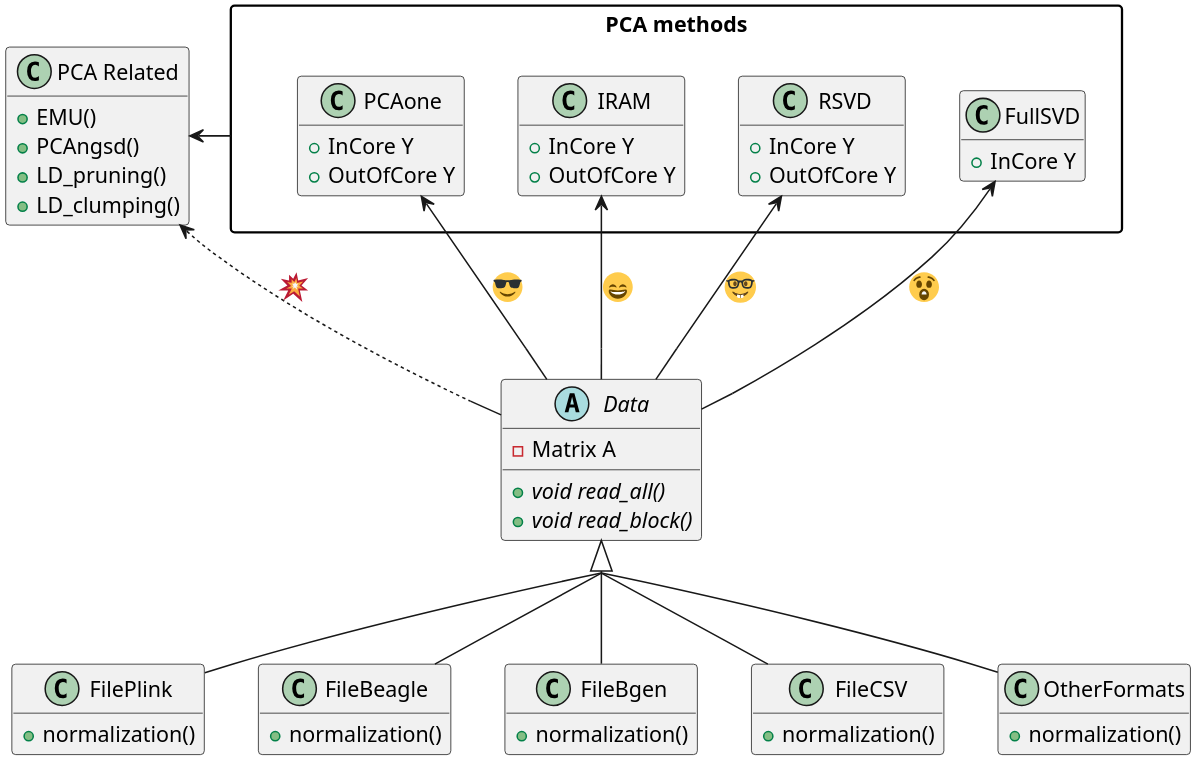
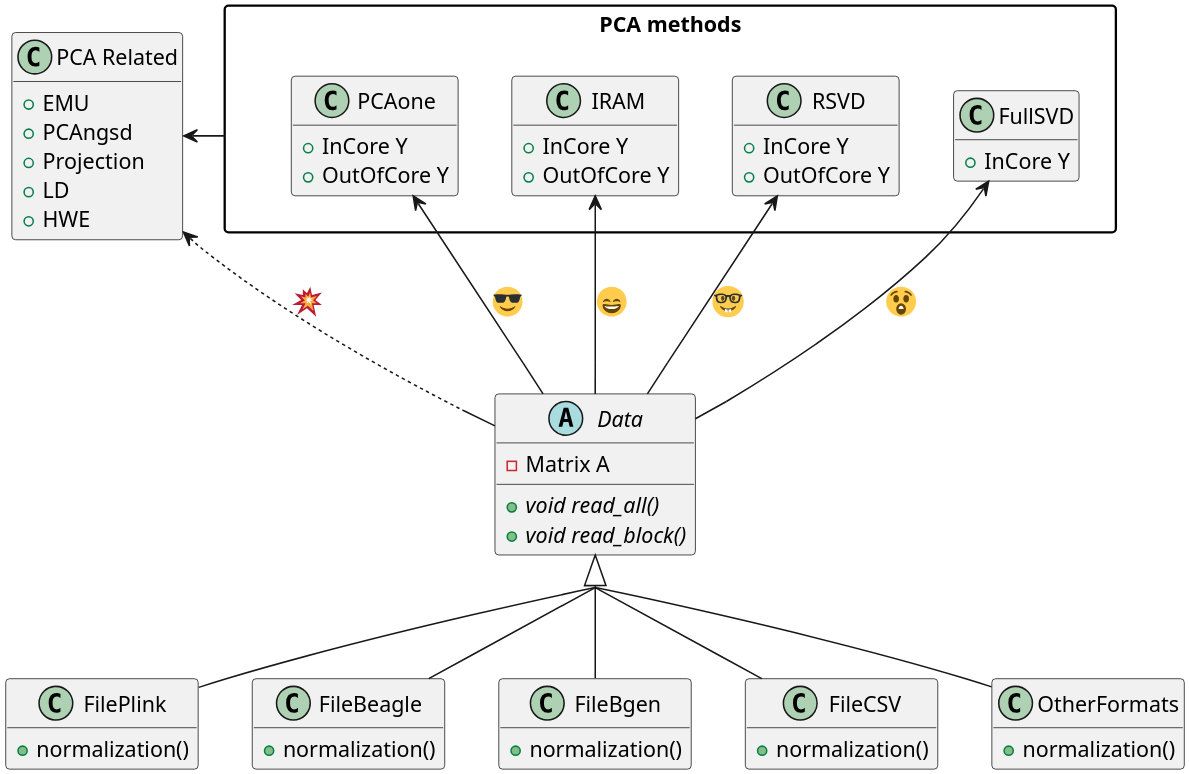
The second of 2 diagrams in misc/architecture.org (Zilong-Li/PCAone), drawn with PlantUML before and after one commit. The commit also changed other lines of this file and 4 other files, not shown here.

```diff
--- a/misc/architecture.org
+++ b/misc/architecture.org
@@ -16,63 +18,64 @@
 #+begin_src plantuml :file architecture.png
 skinparam dpi 300
 skinparam defaultFontName FiraCode Nerd Font Med
 skinparam groupInheritance 2
 skinparam packageStyle rectangle
 hide empty fields
 hide empty members
 abstract class Data {
   -Matrix A
   +void {abstract} read_all()
   +void {abstract} read_block()
 }
 Data <|-- FilePlink
 Data <|-- FileBeagle
 Data <|-- FileBgen
 Data <|-- FileCSV
 Data <|-- OtherFormats
 class FilePlink {
   +normalization()
 }
 class FileBeagle {
   +normalization()
 }
 class FileBgen {
   +normalization()
 }
 class FileCSV {
   +normalization()
 }
 class OtherFormats {
   +normalization()
 }
 package "PCA methods" as PCA {
   class PCAone {
     +InCore Y
     +OutOfCore Y
   }
   class IRAM {
     +InCore Y
     +OutOfCore Y
   }
   class RSVD {
     +InCore Y
     +OutOfCore Y
   }
   class FullSVD {
     +InCore Y
   }
 }
 
 class "PCA Related" as PCAem {
-  +EMU()
-  +PCAngsd()
-  +LD_pruning()
-  +LD_clumping()
+  +EMU
+  +PCAngsd
+  +Projection
+  +LD
+  +HWE
 }
 FullSVD <-- Data: <:astonished:>
 IRAM <-- Data: <:smile:>
 RSVD <-- Data: <:nerd_face:>
 PCAone <-- Data: <:sunglasses:> 
 PCA -left-> PCAem 
 Data -left[dashed]-> PCAem: <:boom:> 
 #+end_src
```
